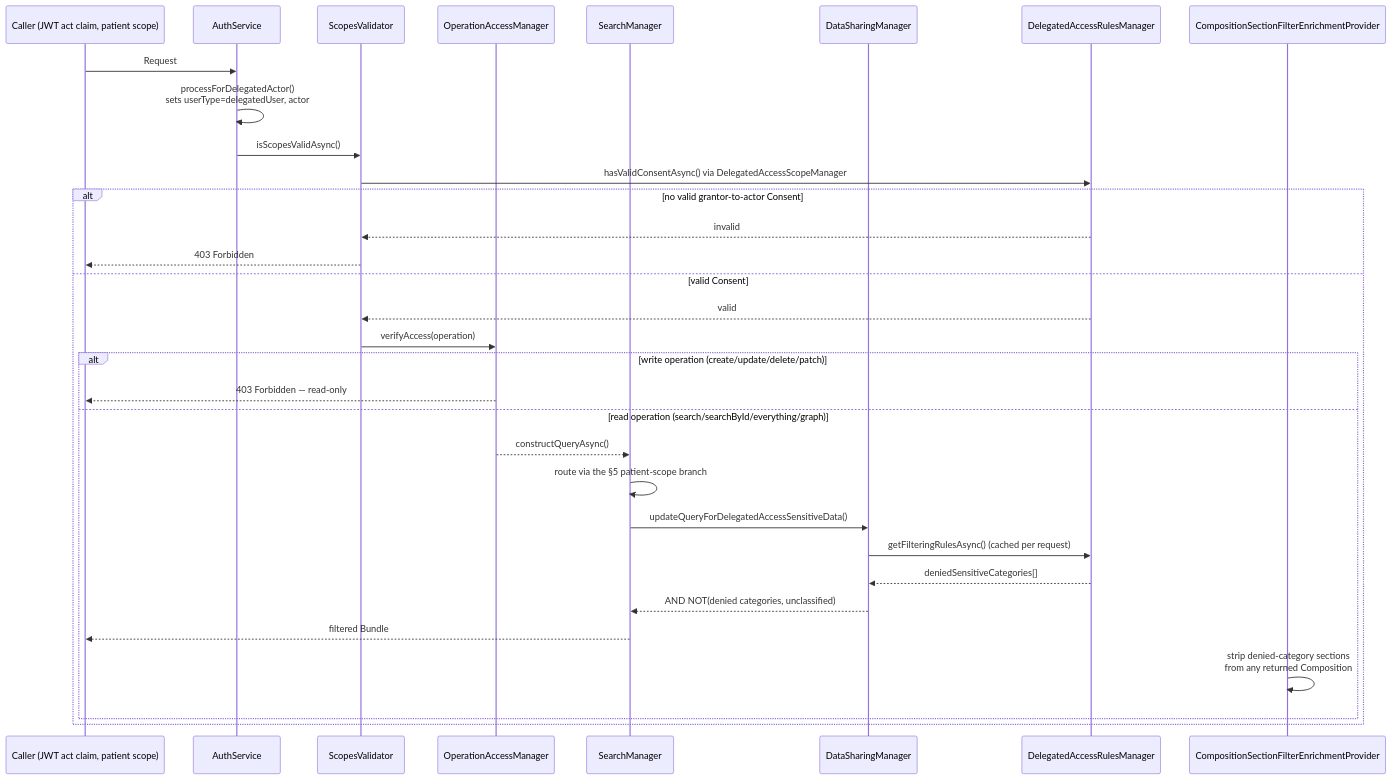
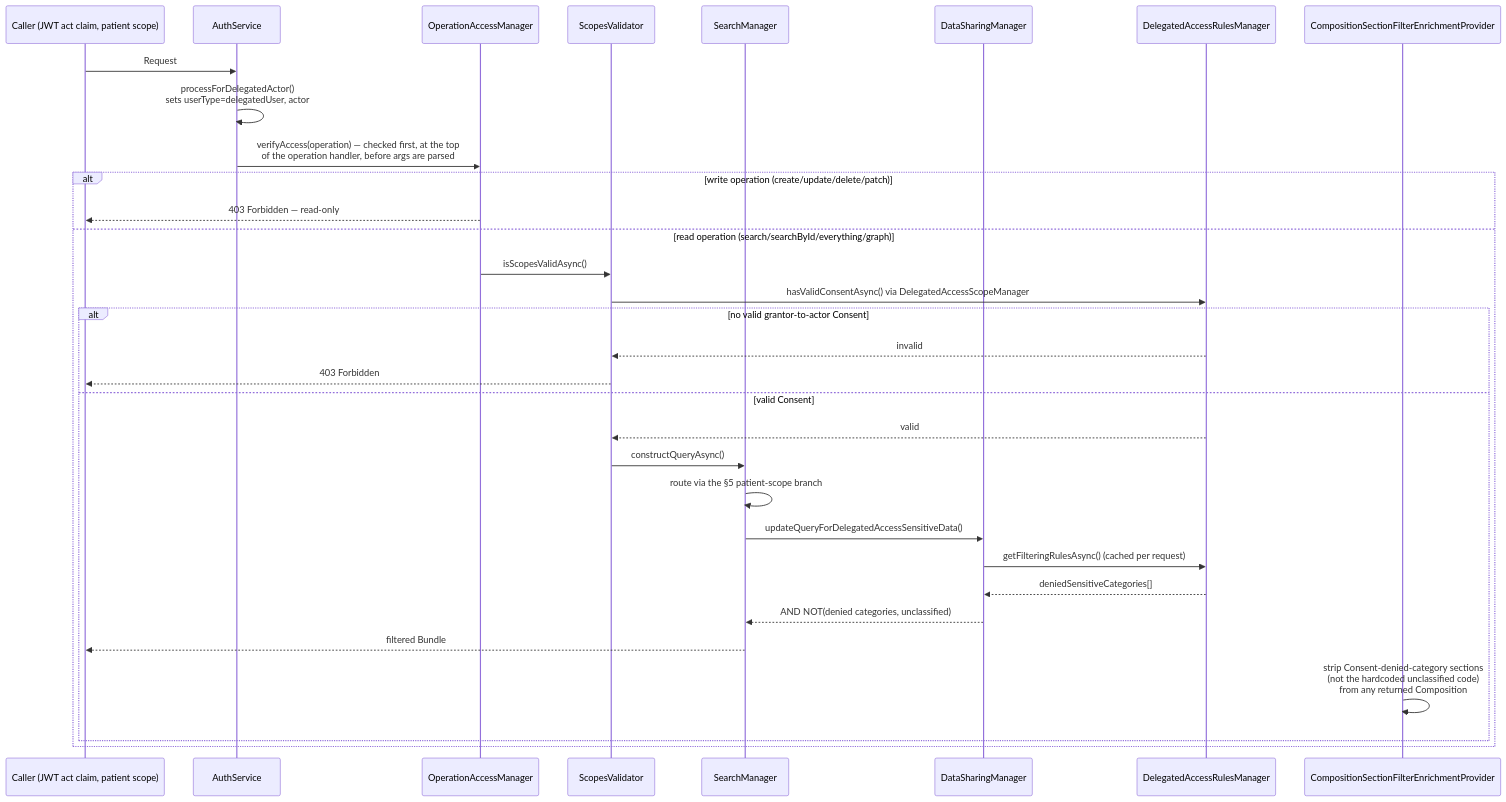
Before and after one commit to icanbwell/fhir-server: the second of 2 diagrams in docs/resource-authorization.md, drawn with Mermaid. The commit also changed other lines of this file, not shown here.

First line of the commit message:
Fix factual errors found in code-vs-doc review

````diff
--- a/docs/resource-authorization.md
+++ b/docs/resource-authorization.md
@@ -298,35 +303,35 @@
 ```mermaid
 sequenceDiagram
     participant C as Caller (JWT act claim, patient scope)
     participant Auth as AuthService
+    participant OAM as OperationAccessManager
     participant SV as ScopesValidator
-    participant OAM as OperationAccessManager
     participant SM as SearchManager
     participant DSM as DataSharingManager
     participant DARM as DelegatedAccessRulesManager
     participant Enrich as CompositionSectionFilterEnrichmentProvider
 
     C->>Auth: Request
     Auth->>Auth: processForDelegatedActor()<br/>sets userType=delegatedUser, actor
-    Auth->>SV: isScopesValidAsync()
-    SV->>DARM: hasValidConsentAsync() via DelegatedAccessScopeManager
-    alt no valid grantor-to-actor Consent
-        DARM-->>SV: invalid
-        SV-->>C: 403 Forbidden
-    else valid Consent
-        DARM-->>SV: valid
-        SV->>OAM: verifyAccess(operation)
-        alt write operation (create/update/delete/patch)
-            OAM-->>C: 403 Forbidden — read-only
-        else read operation (search/searchById/everything/graph)
-            OAM-->>SM: constructQueryAsync()
+    Auth->>OAM: verifyAccess(operation) — checked first, at the top<br/>of the operation handler, before args are parsed
+    alt write operation (create/update/delete/patch)
+        OAM-->>C: 403 Forbidden — read-only
+    else read operation (search/searchById/everything/graph)
+        OAM->>SV: isScopesValidAsync()
+        SV->>DARM: hasValidConsentAsync() via DelegatedAccessScopeManager
+        alt no valid grantor-to-actor Consent
+            DARM-->>SV: invalid
+            SV-->>C: 403 Forbidden
+        else valid Consent
+            DARM-->>SV: valid
+            SV->>SM: constructQueryAsync()
             SM->>SM: route via the §5 patient-scope branch
             SM->>DSM: updateQueryForDelegatedAccessSensitiveData()
             DSM->>DARM: getFilteringRulesAsync() (cached per request)
             DARM-->>DSM: deniedSensitiveCategories[]
             DSM-->>SM: AND NOT(denied categories, unclassified)
             SM-->>C: filtered Bundle
-            Enrich->>Enrich: strip denied-category sections<br/>from any returned Composition
+            Enrich->>Enrich: strip Consent-denied-category sections<br/>(not the hardcoded unclassified code)<br/>from any returned Composition
         end
     end
 ```
````
